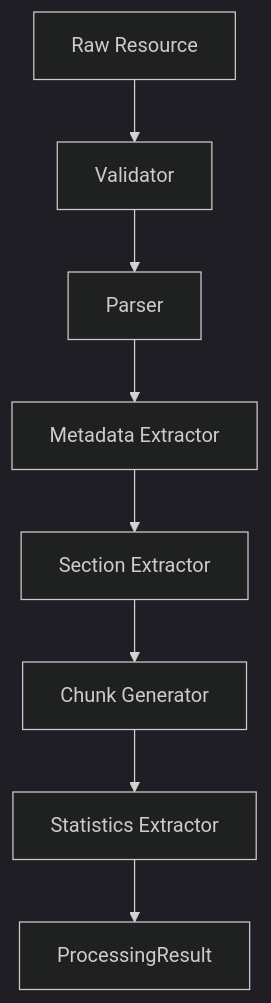
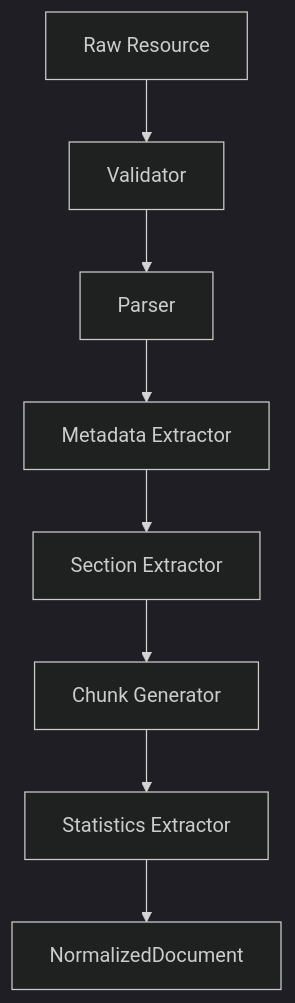
One commit to yash-mishraa/Kogniq changed the second of 4 diagrams in docs/architecture/content-domain.md. Above: the diagram before and after it, drawn with Mermaid (dark theme). The commit also changed 19 other files, not shown here.

Commit message:
docs: complete repository stabilization and architecture documentation

````diff
--- a/docs/architecture/content-domain.md
+++ b/docs/architecture/content-domain.md
@@ -16,10 +16,10 @@
 ```mermaid
 graph TD
     A[Raw Resource] --> B[Validator]
     B --> C[Parser]
     C --> D[Metadata Extractor]
     D --> E[Section Extractor]
     E --> F[Chunk Generator]
     F --> G[Statistics Extractor]
-    G --> H[ProcessingResult]
+    G --> H[NormalizedDocument]
 ```
````
